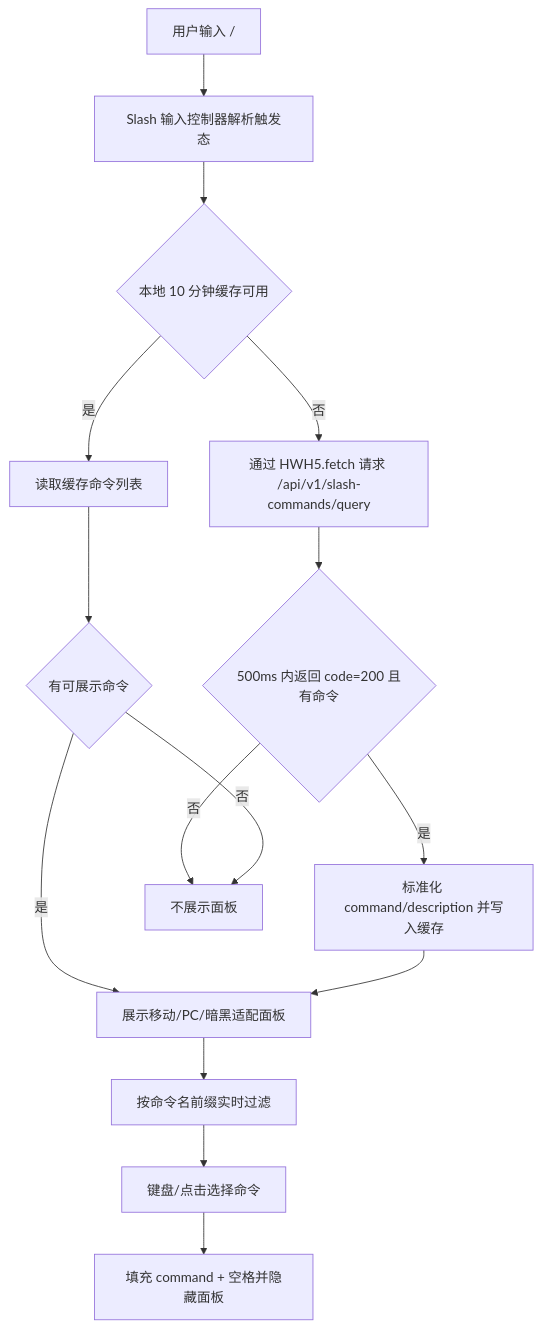
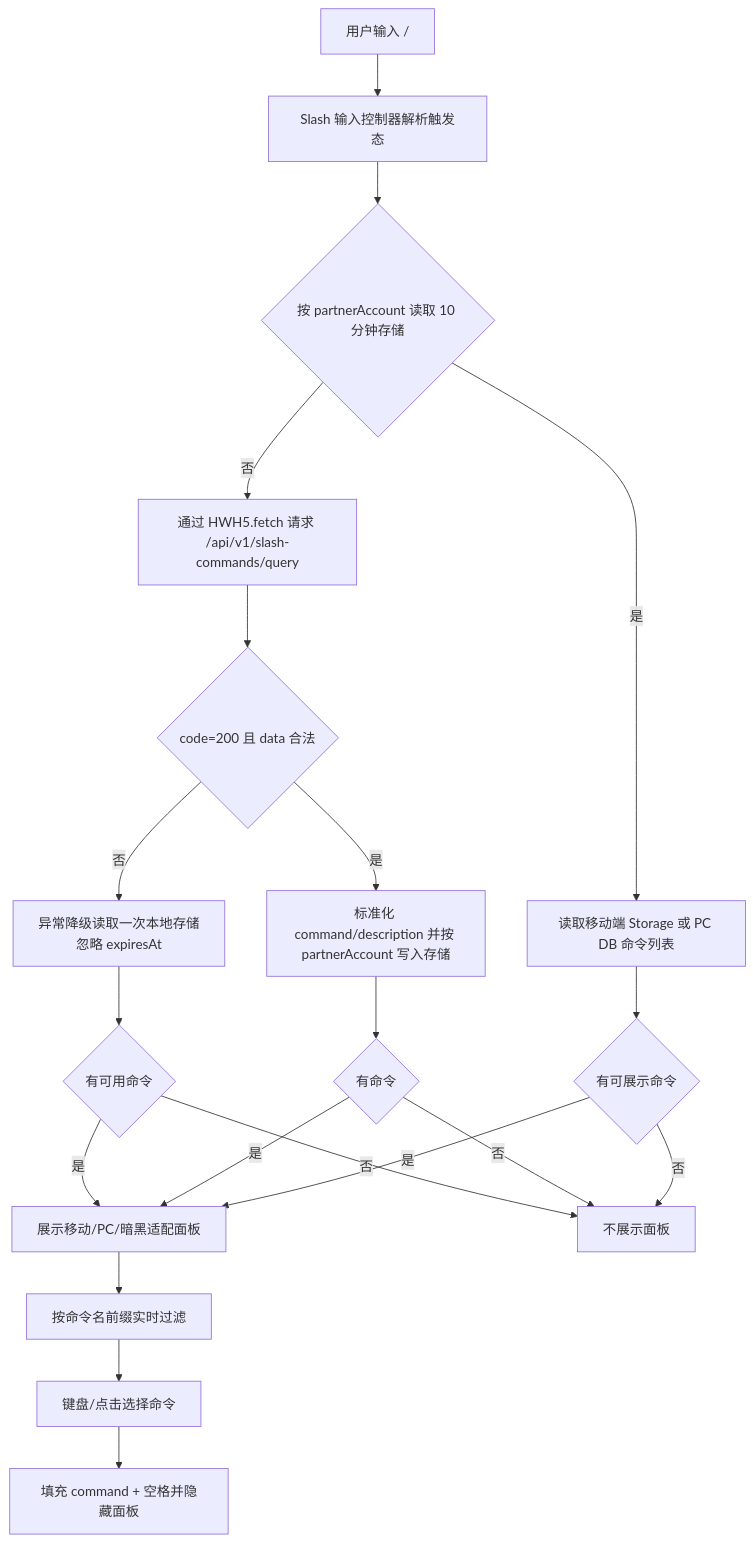
One commit to Abelsjcheng/skillSDK changed the first of 3 diagrams in ai-chat-viewer/docs/plans/2026-06-04-slash-command-suggestion-plan.md. Above: the diagram before and after it, drawn with Mermaid. The commit also changed other lines of this file, not shown here.

Commit message:
docs(frontend): refine slash command suggestion plan

````diff
--- a/ai-chat-viewer/docs/plans/2026-06-04-slash-command-suggestion-plan.md
+++ b/ai-chat-viewer/docs/plans/2026-06-04-slash-command-suggestion-plan.md
@@ -50,17 +52,22 @@
 ```mermaid
 flowchart TD
     A["用户输入 /"] --> B["Slash 输入控制器解析触发态"]
-    B --> C{"本地 10 分钟缓存可用"}
-    C -->|是| D["读取缓存命令列表"]
+    B --> C{"按 partnerAccount 读取 10 分钟存储"}
+    C -->|是| D["读取移动端 Storage 或 PC DB 命令列表"]
     C -->|否| E["通过 HWH5.fetch 请求 /api/v1/slash-commands/query"]
-    E --> F{"500ms 内返回 code=200 且有命令"}
-    F -->|是| G["标准化 command/description 并写入缓存"]
-    F -->|否| H["不展示面板"]
+    E --> F{"code=200 且 data 合法"}
+    F -->|是| G["标准化 command/description 并按 partnerAccount 写入存储"]
+    F -->|否| N["异常降级读取一次本地存储<br/>忽略 expiresAt"]
+    N --> O{"有可用命令"}
+    O -->|是| J
+    O -->|否| H["不展示面板"]
+    G --> P{"有命令"}
+    P -->|是| J
+    P -->|否| H
     D --> I{"有可展示命令"}
     I -->|是| J["展示移动/PC/暗黑适配面板"]
     I -->|否| H
-    G --> J
     J --> K["按命令名前缀实时过滤"]
     K --> L["键盘/点击选择命令"]
     L --> M["填充 command + 空格并隐藏面板"]
 ```
````
